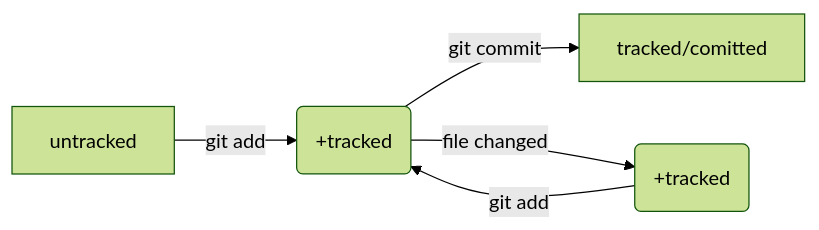
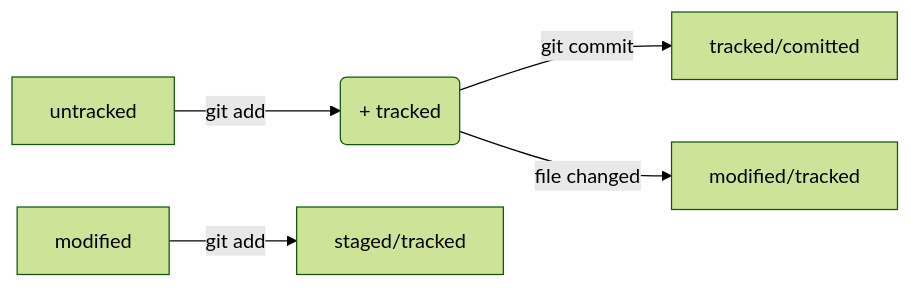
Before and after one commit to EkaterinaPokrovskaia/Git-helper: the diagram in README.md, drawn with Mermaid (forest theme).

Commit message:
mermaid scheme was fixed

````diff
--- a/README.md
+++ b/README.md
@@ -662,9 +662,9 @@
 ```mermaid
 graph LR;
   untracked -- "git add" --> staged(+ tracked);
   staged    -- "git commit"     --> tracked/comitted;
-  modified  -- "git add"  --> staged(+tracked)
-  staged -- "file changed" --> modified(+tracked)
+  modified  -- "git add"  --> staged/tracked 
+  staged -- "file changed" --> modified/tracked
 
 %% «изменён» → «добавлен в список на коммит» → «закоммичен» → «изменён» → и так далее.
 ```
````
